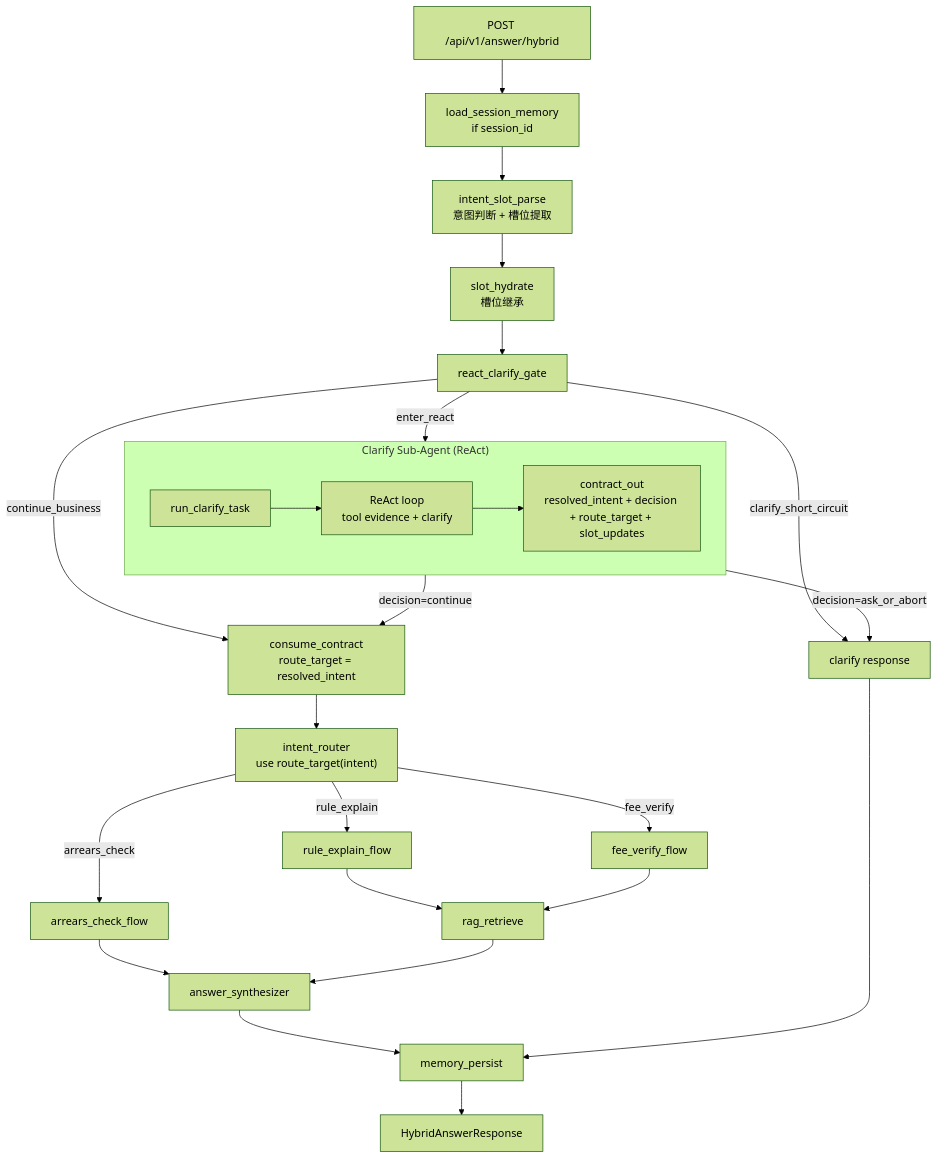
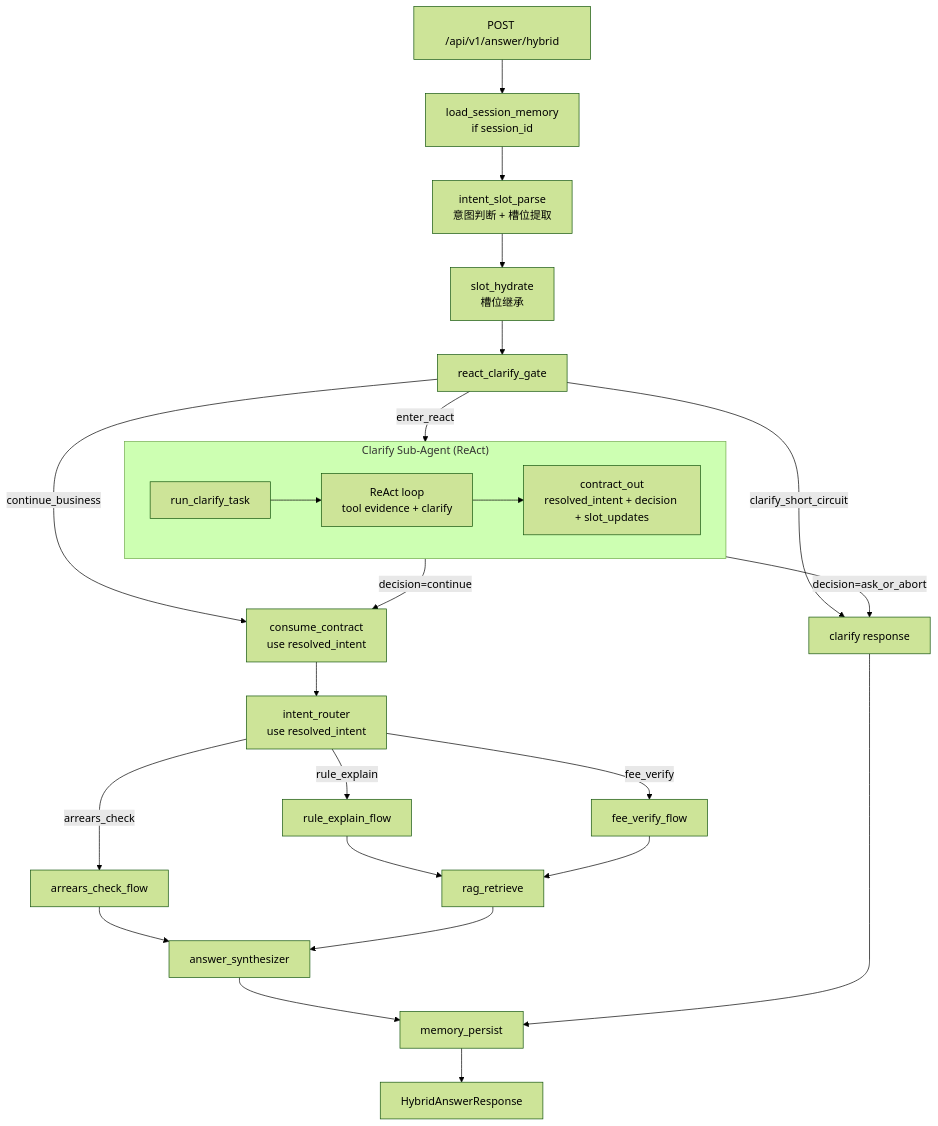
One commit to newgpp/agent-parksuit changed the diagram in README.md. Above: the diagram before and after it, drawn with Mermaid (forest theme). The commit also changed other lines of this file and 7 other files, not shown here.

Commit message:
refactor: remove route_target from clarify contract and gate

````diff
--- a/README.md
+++ b/README.md
@@ -13,32 +13,32 @@
 ```mermaid
 flowchart TD
     A["POST /api/v1/answer/hybrid"] --> M["load_session_memory<br/>if session_id"]
     M --> P1["intent_slot_parse<br/>意图判断 + 槽位提取"]
     P1 --> P2["slot_hydrate<br/>槽位继承"]
     P2 --> GATE["react_clarify_gate"]
 
     subgraph SA["Clarify Sub-Agent (ReAct)"]
       R0["run_clarify_task"]
       R1["ReAct loop<br/>tool evidence + clarify"]
-      R2["contract_out<br/>resolved_intent + decision + route_target + slot_updates"]
+      R2["contract_out<br/>resolved_intent + decision + slot_updates"]
       R0 --> R1 --> R2
     end
 
     GATE -->|clarify_short_circuit| X["clarify response"]
     GATE -->|enter_react| SA
     SA -->|decision=ask_or_abort| X
-    SA -->|decision=continue| COUT["consume_contract<br/>route_target = resolved_intent"]
+    SA -->|decision=continue| COUT["consume_contract<br/>use resolved_intent"]
     GATE -->|continue_business| COUT
-    COUT --> B["intent_router<br/>use route_target(intent)"]
+    COUT --> B["intent_router<br/>use resolved_intent"]
     B -->|rule_explain| C["rule_explain_flow"]
     B -->|arrears_check| D["arrears_check_flow"]
     B -->|fee_verify| E["fee_verify_flow"]
 
     C --> F["rag_retrieve"]
     E --> F
     D --> SYN["answer_synthesizer"]
     F --> SYN
     SYN --> MP["memory_persist"]
     X --> MP
     MP --> H["HybridAnswerResponse"]
 ```
````
